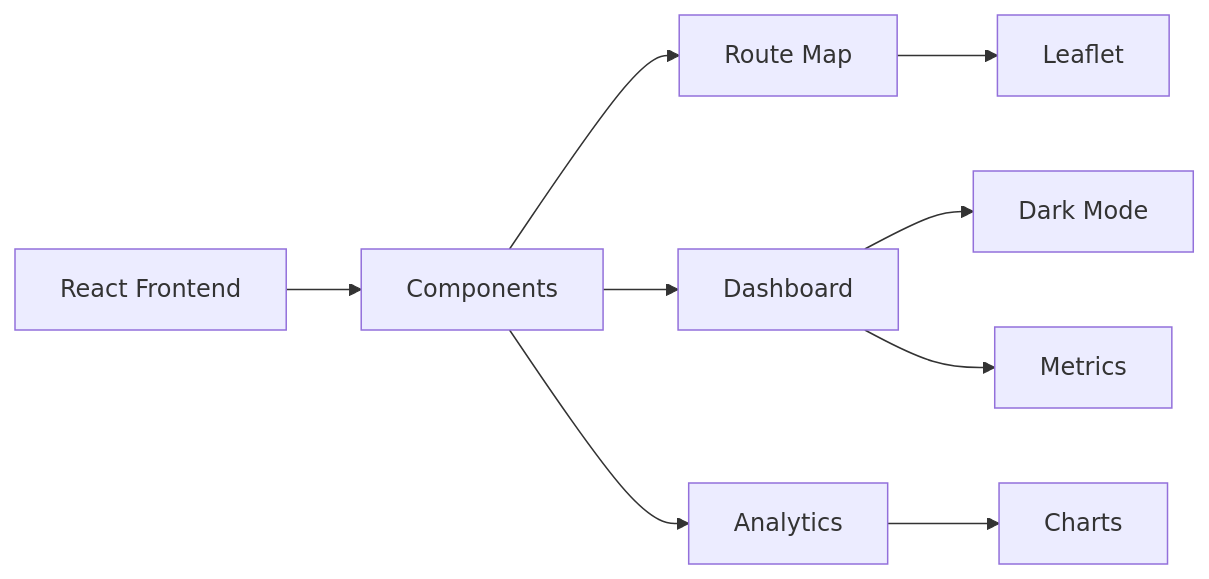
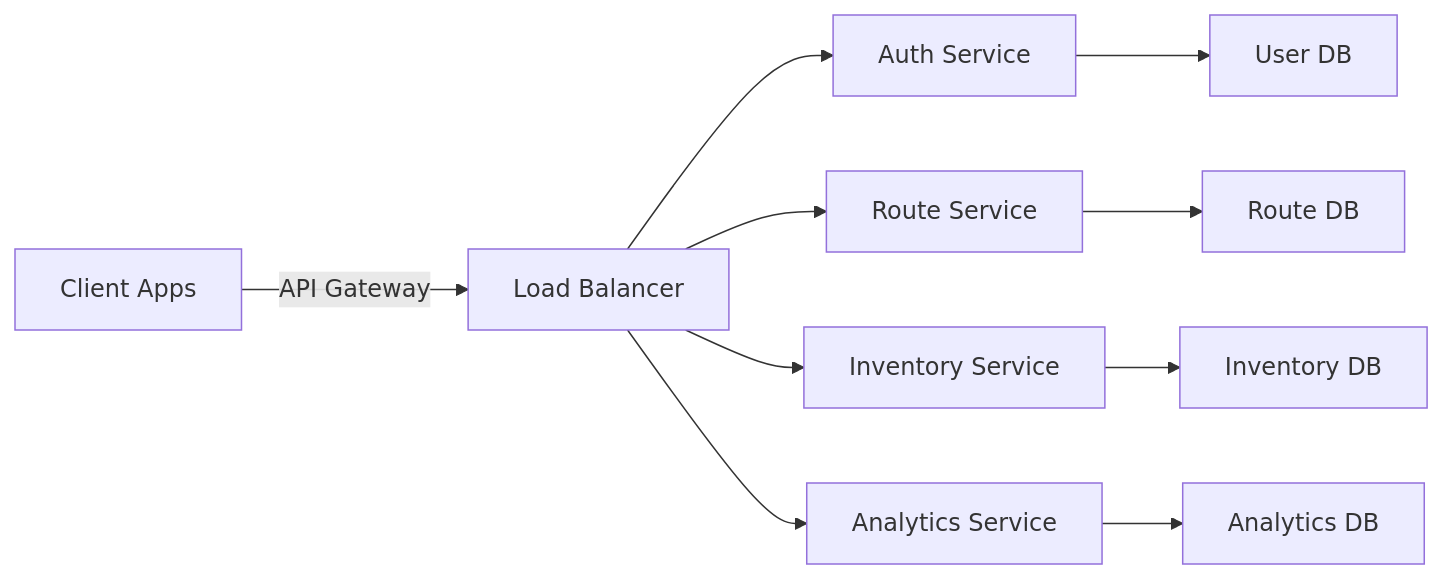
One commit to spbarathg/frontend-initials changed the third of 3 diagrams in README.md. Above: the diagram before and after it, drawn with Mermaid. The commit also changed other lines of this file, not shown here.

````diff
--- a/README.md
+++ b/README.md
@@ -97,11 +93,13 @@
 ```mermaid
 graph LR
-    A[React Frontend] --> B[Components]
-    B --> C[Route Map]
-    B --> D[Dashboard]
-    B --> E[Analytics]
-    C --> F[Leaflet]
-    D --> G[Dark Mode]
-    D --> H[Metrics]
-    E --> I[Charts]
+    A[Client Apps] -->|API Gateway| B[Load Balancer]
+    B --> C[Auth Service]
+    B --> D[Route Service]
+    B --> E[Inventory Service]
+    B --> F[Analytics Service]
+    
+    C --> G[User DB]
+    D --> H[Route DB]
+    E --> I[Inventory DB]
+    F --> J[Analytics DB]
 ```
````
